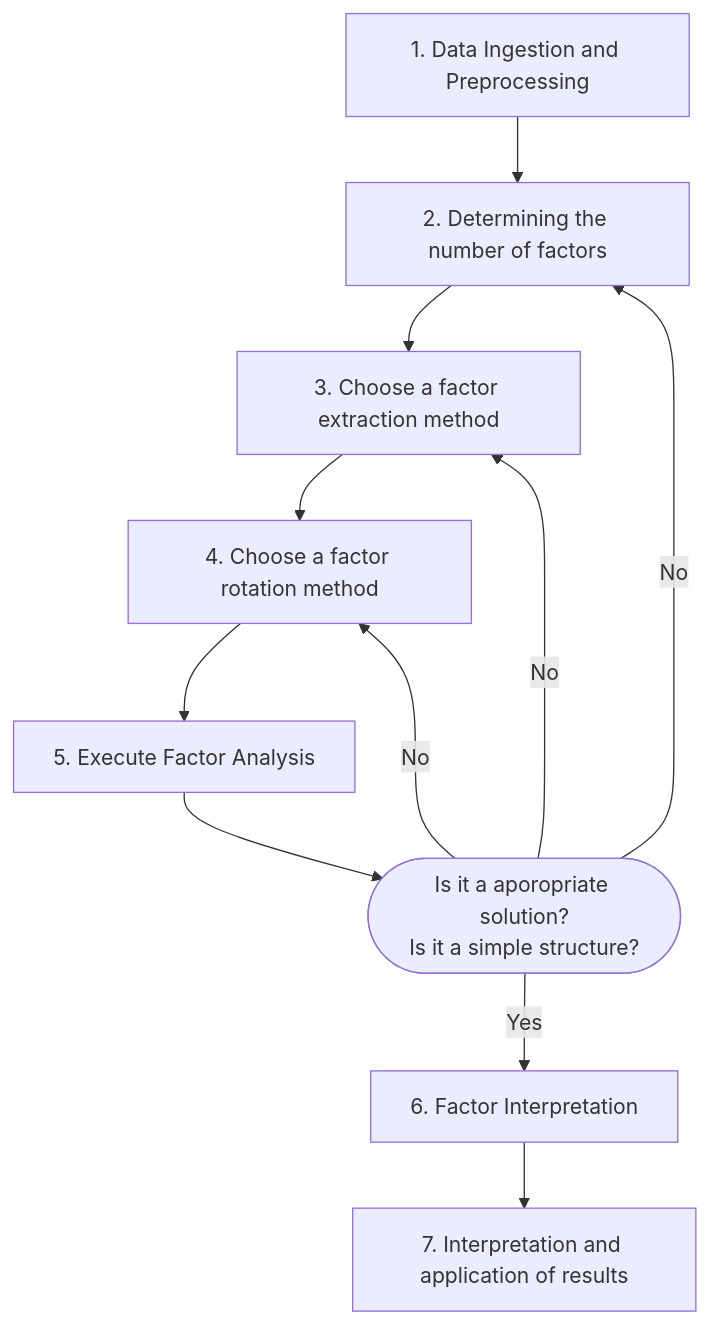
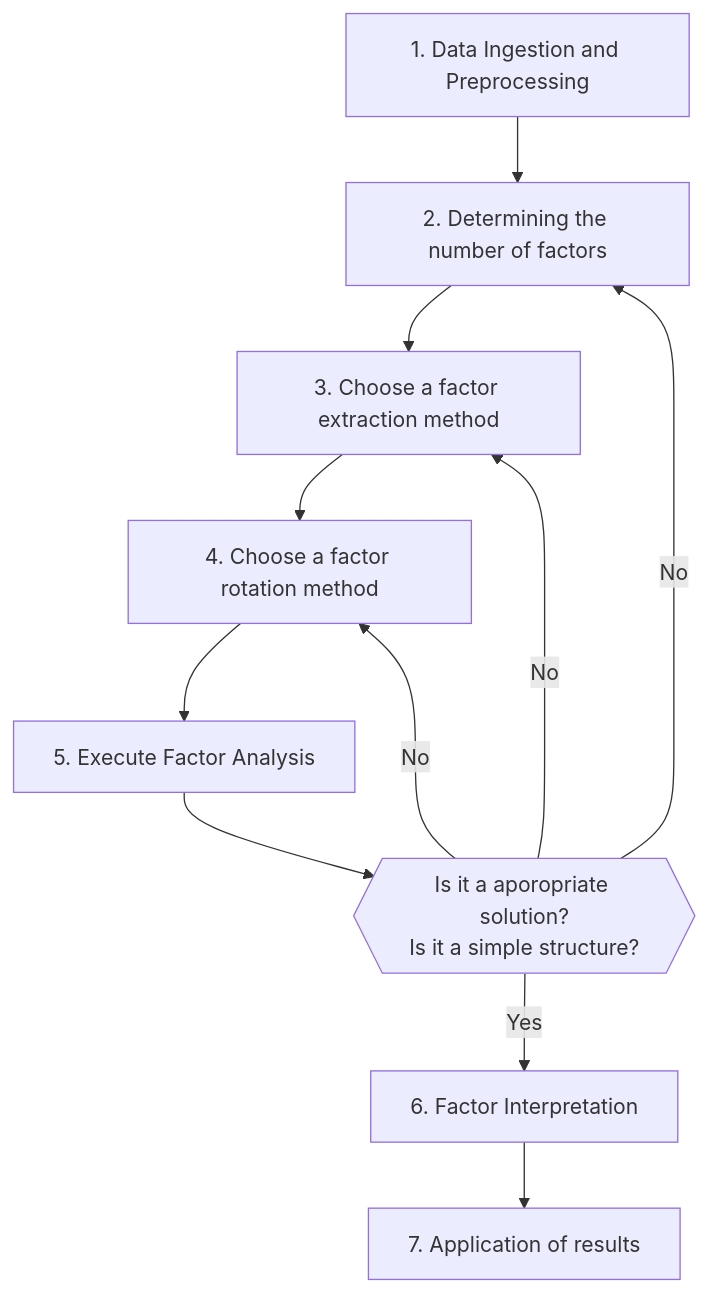
One commit to shrmtmt/step_by_step_EFA changed the diagram in chart.md. Above: the diagram before and after it, drawn with Mermaid.

````diff
--- a/chart.md
+++ b/chart.md
@@ -1,14 +1,13 @@
 ```mermaid
 graph TD
   Node1["1. Data Ingestion and Preprocessing"] --> Node2["2. Determining the number of factors"]
   Node2 --> Node3["3. Choose a factor extraction method"]
   Node3 --> Node4["4. Choose a factor rotation method"]
   Node4 --> Node5["5. Execute Factor Analysis"]
-  Node5 --> NodeR(["Is it a aporopriate solution?
-Is it a simple structure?"])
+  Node5 --> NodeR{{"Is it a aporopriate solution?<br>Is it a simple structure?"}}
   NodeR -- No --> Node2
   NodeR -- No --> Node3
   NodeR -- No --> Node4
   NodeR -- Yes --> Node6["6. Factor Interpretation"]
-  Node6 --> Node7["7. Interpretation and application of results"]
+  Node6 --> Node7["7. Application of results"]
 ```
````
